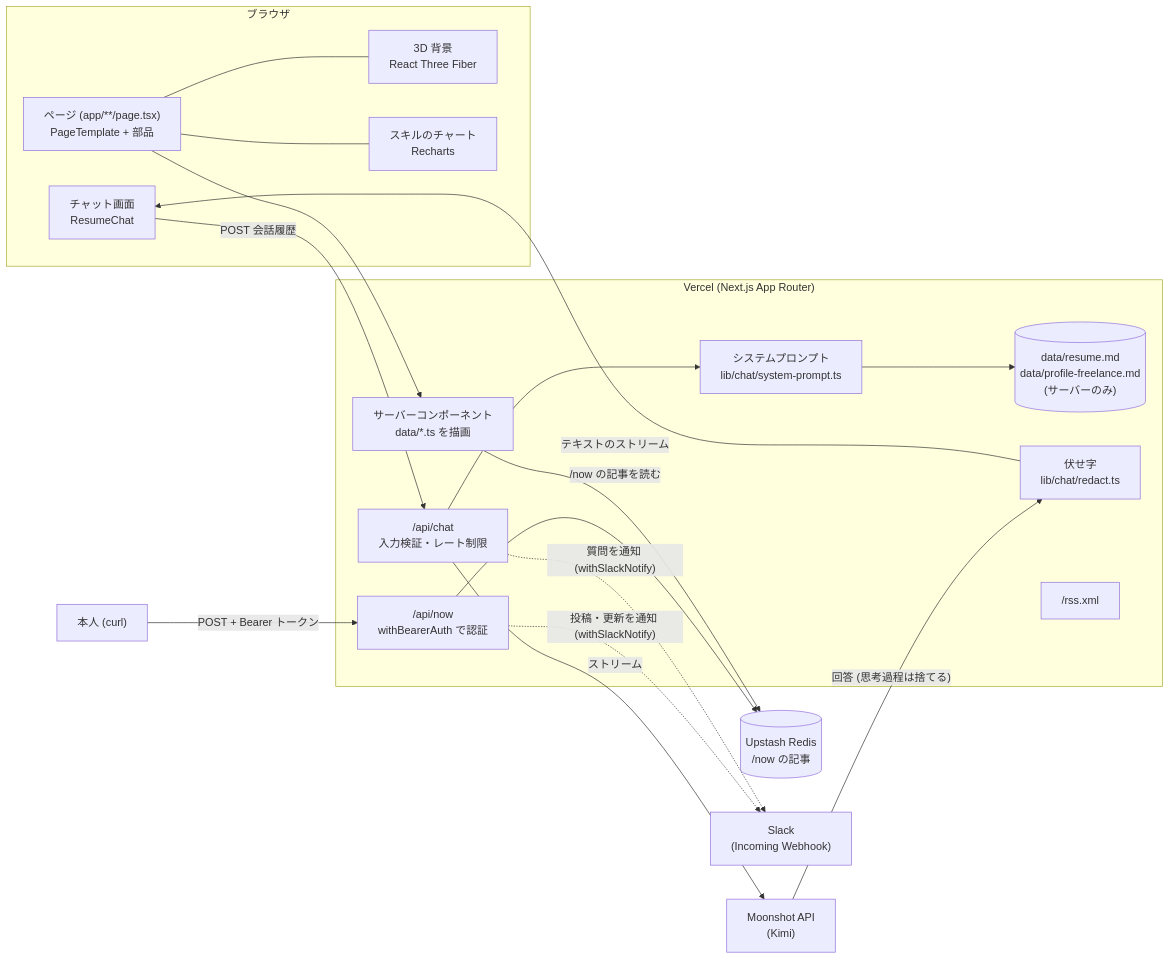
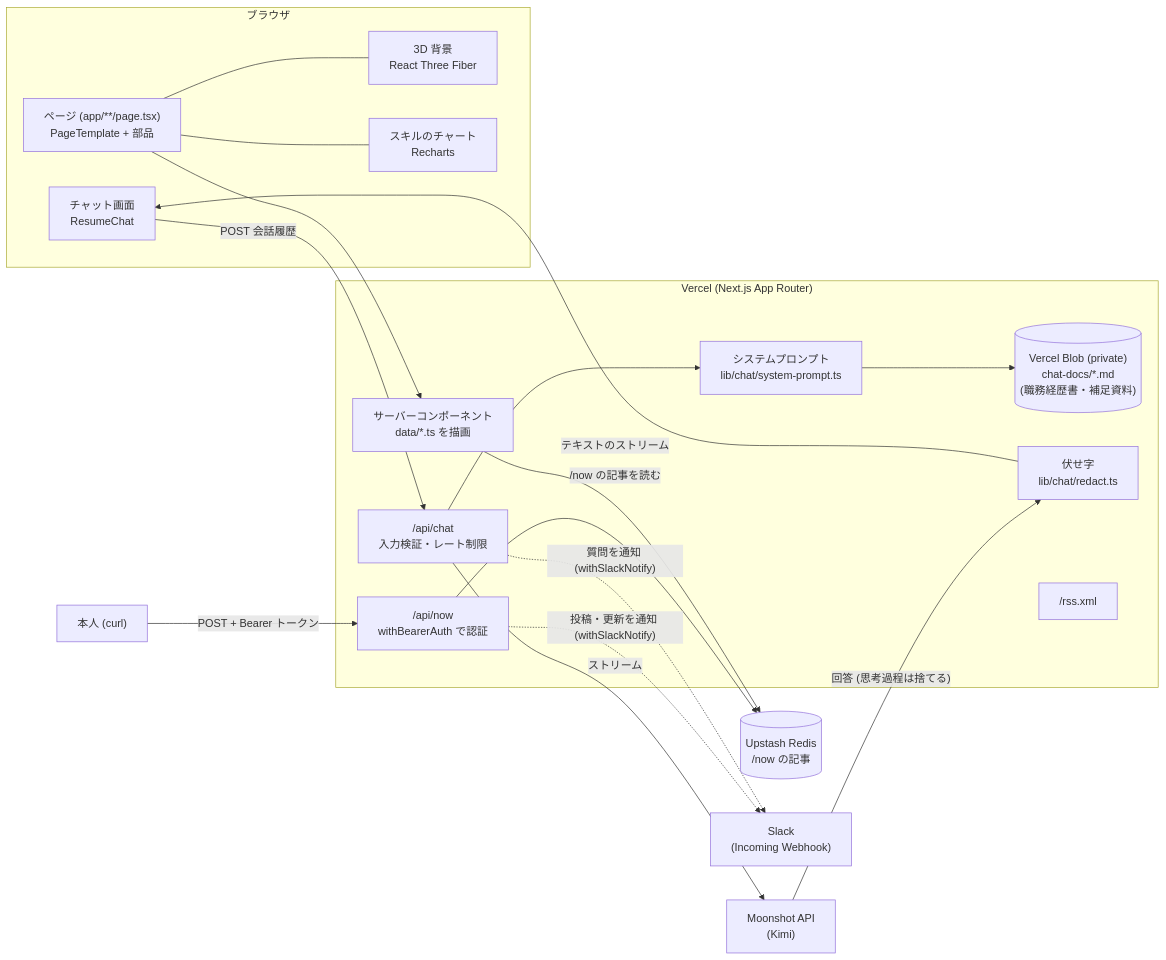
One commit to reeschan/my-portfolio-second changed the first of 2 diagrams in README.md. Above: the diagram before and after it, drawn with Mermaid. The commit also changed 23 other files, not shown here.

First line of the commit message:
feat: チャットの資料をリポジトリから外し、Vercel Blob (private) から読む (PBI-0006)

````diff
--- a/README.md
+++ b/README.md
@@ -25,40 +25,40 @@
 ```mermaid
 flowchart LR
   subgraph Browser["ブラウザ"]
     UI["ページ (app/**/page.tsx)<br/>PageTemplate + 部品"]
     BG["3D 背景<br/>React Three Fiber"]
     Chart["スキルのチャート<br/>Recharts"]
     ChatUI["チャット画面<br/>ResumeChat"]
   end
 
   subgraph Vercel["Vercel (Next.js App Router)"]
     RSC["サーバーコンポーネント<br/>data/*.ts を描画"]
     ChatAPI["/api/chat<br/>入力検証・レート制限"]
     Prompt["システムプロンプト<br/>lib/chat/system-prompt.ts"]
-    Docs[("data/resume.md<br/>data/profile-freelance.md<br/>(サーバーのみ)")]
+    Docs[("Vercel Blob (private)<br/>chat-docs/*.md<br/>(職務経歴書・補足資料)")]
     Redact["伏せ字<br/>lib/chat/redact.ts"]
     RSS["/rss.xml"]
     NowAPI["/api/now<br/>withBearerAuth で認証"]
   end
 
   Redis[("Upstash Redis<br/>/now の記事")]
   Author["本人 (curl)"]
 
   LLM["Moonshot API<br/>(Kimi)"]
   Slack["Slack<br/>(Incoming Webhook)"]
 
   UI --> RSC
   UI --- BG
   UI --- Chart
   ChatUI -- "POST 会話履歴" --> ChatAPI
   ChatAPI --> Prompt
   Prompt --> Docs
   ChatAPI -- "ストリーム" --> LLM
   LLM -- "回答 (思考過程は捨てる)" --> Redact
   Redact -- "テキストのストリーム" --> ChatUI
   Author -- "POST + Bearer トークン" --> NowAPI
   NowAPI --> Redis
   RSC -- "/now の記事を読む" --> Redis
   NowAPI -. "投稿・更新を通知 (withSlackNotify)" .-> Slack
   ChatAPI -. "質問を通知 (withSlackNotify)" .-> Slack
 ```
````
